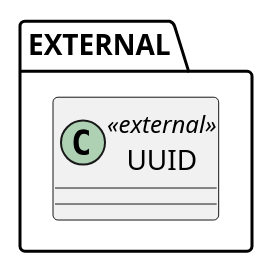
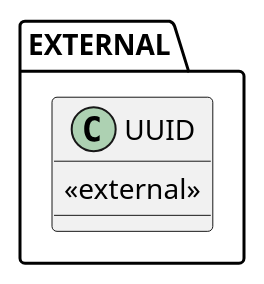
One commit to Pololo06/ProyectParser changed the third of 3 diagrams in docs/flujo-3-fases.md. Above: the diagram before and after it, drawn with PlantUML. The commit also changed other lines of this file and 16 other files, not shown here.

Commit message:
feat: vistas UML 2.5.1 por módulo y regla de redundancia de dependencias (#8)

````diff
--- a/docs/flujo-3-fases.md
+++ b/docs/flujo-3-fases.md
@@ -127,5 +128,7 @@
   ```plantuml
   package "EXTERNAL" {
-    class "UUID" as UUID <<external>>
+    class UUID {
+      <<external>>
+    }
   }
   ```
````
